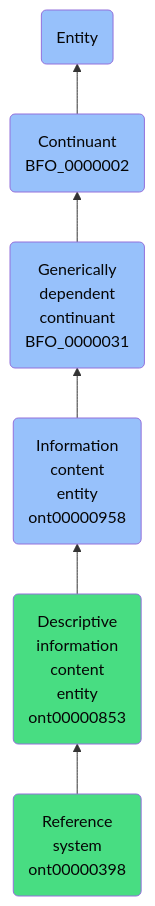
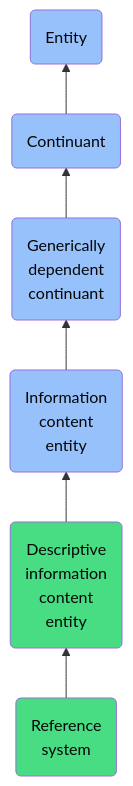
Before and after one commit to jupyter-naas/abi: the diagram in docs/ontology/reference/model/Entity/Continuant/Generically dependent continuant/Information content entity/Descriptive information content entity/Reference system/Reference system.md, drawn with Mermaid. The commit also changed other lines of this file and 1430 other files, not shown here.

````diff
--- a/docs/ontology/reference/model/Entity/Continuant/Generically dependent continuant/Information content entity/Descriptive information content entity/Reference system/Reference system.md
+++ b/docs/ontology/reference/model/Entity/Continuant/Generically dependent continuant/Information content entity/Descriptive information content entity/Reference system/Reference system.md
@@ -24,13 +24,13 @@
 ```mermaid
 graph BT
-    ont00000398(Reference<br>system<br>ont00000398):::ABI-->ont00000853
-    ont00000853(Descriptive<br>information<br>content<br>entity<br>ont00000853):::ABI-->ont00000958
-    ont00000958(Information<br>content<br>entity<br>ont00000958):::BFO-->BFO_0000031
-    BFO_0000031(Generically<br>dependent<br>continuant<br>BFO_0000031):::BFO-->BFO_0000002
-    BFO_0000002(Continuant<br>BFO_0000002):::BFO-->BFO_0000001
+    ont00000398(Reference<br>system):::ABI-->ont00000853
+    ont00000853(Descriptive<br>information<br>content<br>entity):::ABI-->ont00000958
+    ont00000958(Information<br>content<br>entity):::BFO-->BFO_0000031
+    BFO_0000031(Generically<br>dependent<br>continuant):::BFO-->BFO_0000002
+    BFO_0000002(Continuant):::BFO-->BFO_0000001
     BFO_0000001(Entity):::BFO
     
     classDef BFO fill:#97c1fb,color:#060606
     classDef CCO fill:#e4c51e,color:#060606
     classDef ABI fill:#48DD82,color:#060606
 ```
````
